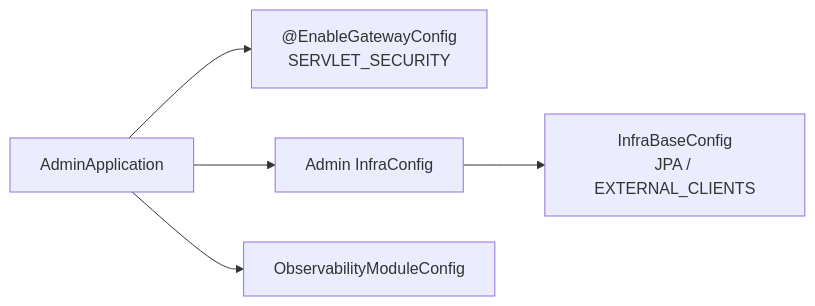
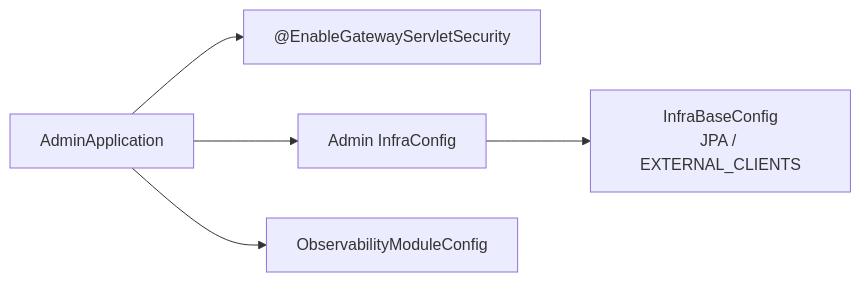
Before and after one commit to TEAM-BEAT/BEAT-SERVER: the second of 6 diagrams in admin/README.md, drawn with Mermaid. The commit also changed other lines of this file and 6 other files, not shown here.

````diff
--- a/admin/README.md
+++ b/admin/README.md
@@ -122,13 +122,13 @@
 ```mermaid
 flowchart LR
     AdminApplication[AdminApplication]
-    EnableGatewayConfig["@EnableGatewayConfig<br/>SERVLET_SECURITY"]
+    EnableGatewayConfig["@EnableGatewayServletSecurity"]
     InfraConfig[Admin InfraConfig]
     InfraBase[InfraBaseConfig<br/>JPA / EXTERNAL_CLIENTS]
     ObservabilityModuleConfig[ObservabilityModuleConfig]
 
     AdminApplication --> EnableGatewayConfig
     AdminApplication --> InfraConfig
     AdminApplication --> ObservabilityModuleConfig
     InfraConfig --> InfraBase
 ```
````
